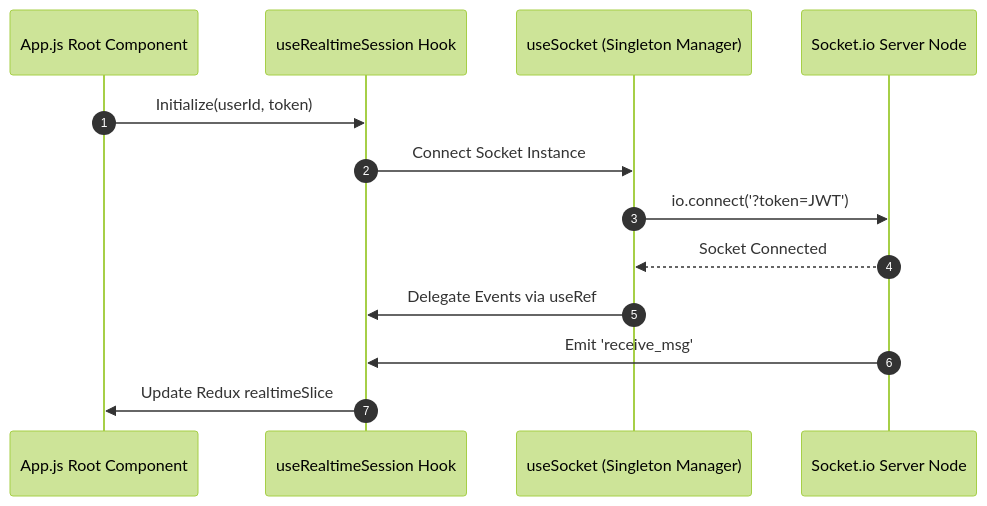
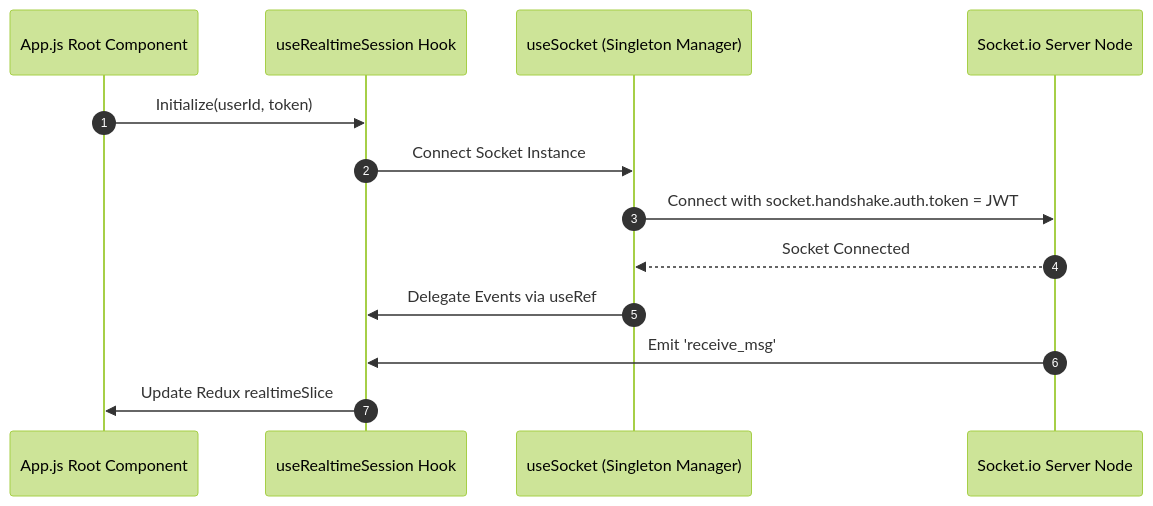
One commit to Ahmed-Manakhly/modelLink_client changed the third of 3 diagrams in docs/01_FRONTEND_ARCHITECTURE_AND_STATE.md. Above: the diagram before and after it, drawn with Mermaid (forest theme). The commit also changed 3 other files, not shown here.

````diff
--- a/docs/01_FRONTEND_ARCHITECTURE_AND_STATE.md
+++ b/docs/01_FRONTEND_ARCHITECTURE_AND_STATE.md
@@ -62,16 +62,16 @@
 ```mermaid
 sequenceDiagram
     autonumber
     participant App as App.js Root Component
     participant Hook as useRealtimeSession Hook
     participant Socket as useSocket (Singleton Manager)
     participant Server as Socket.io Server Node
 
     App->>Hook: Initialize(userId, token)
     Hook->>Socket: Connect Socket Instance
-    Socket->>Server: io.connect('?token=JWT')
+    Socket->>Server: Connect with socket.handshake.auth.token = JWT
     Server-->>Socket: Socket Connected
     Socket->>Hook: Delegate Events via useRef
     Server->>Hook: Emit 'receive_msg'
     Hook->>App: Update Redux realtimeSlice
 ```
````
